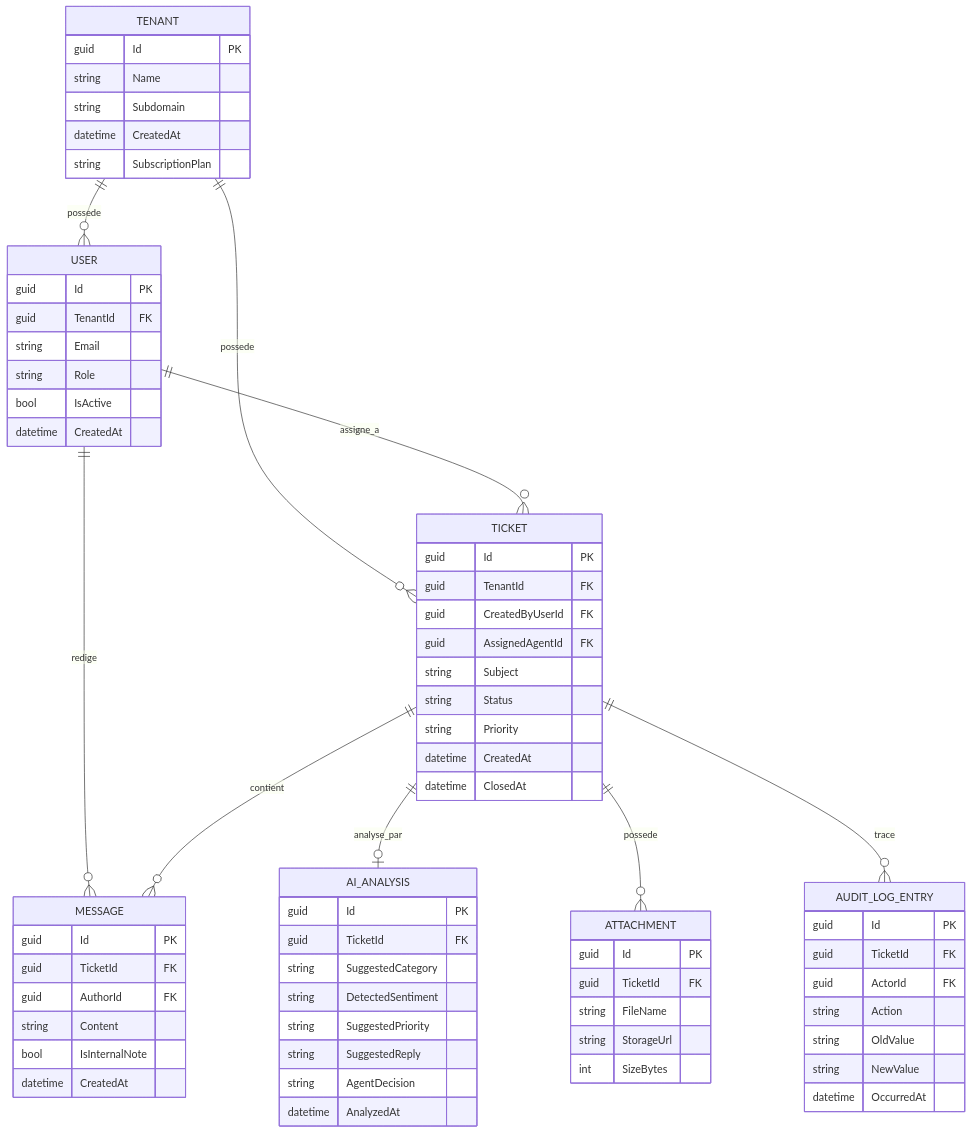
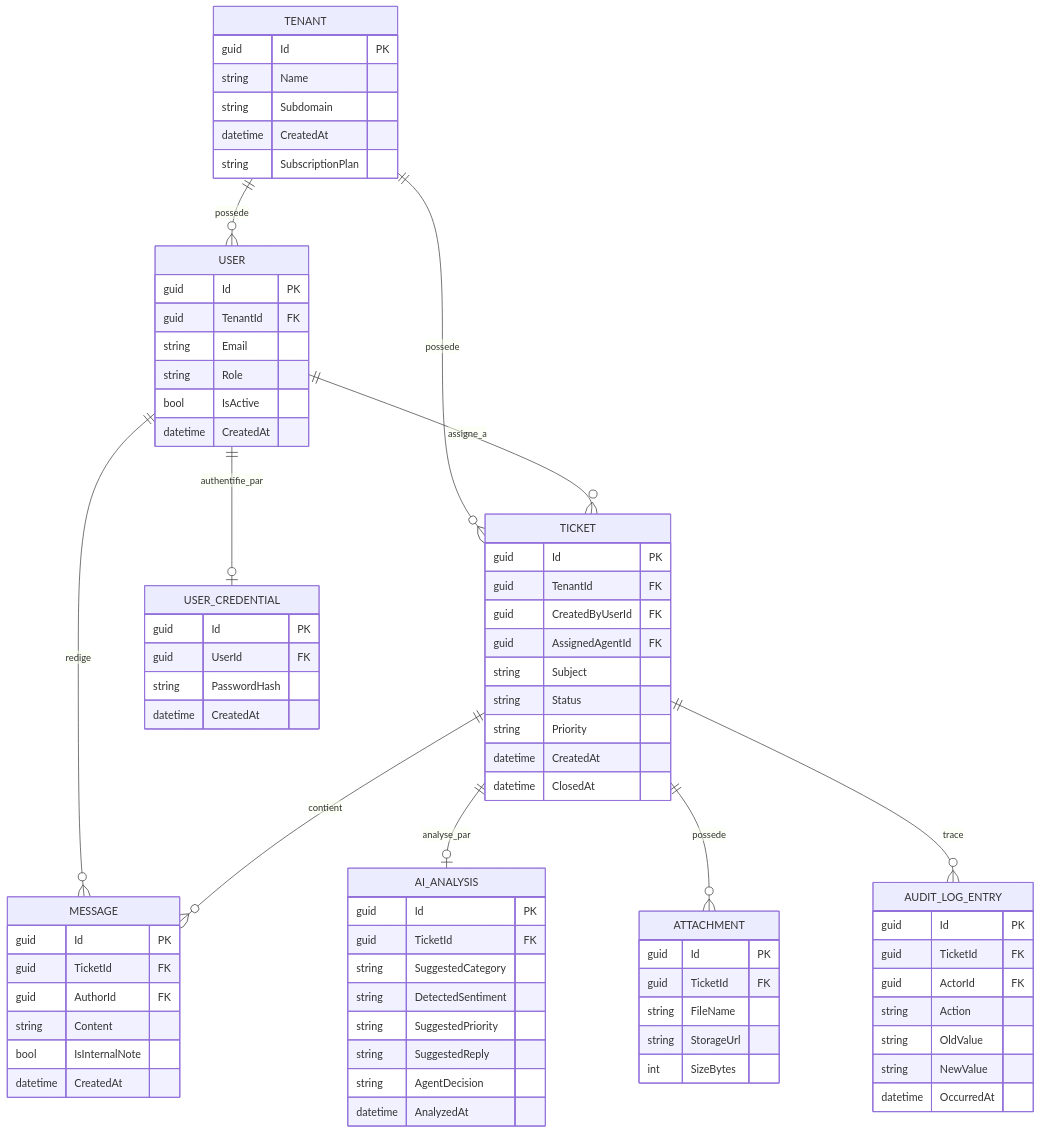
One commit to DelphineLecorney/smartdesk-ai changed the fourth of 5 diagrams in docs/ConceptionTechnique.md. Above: the diagram before and after it, drawn with Mermaid. The commit also changed other lines of this file and 5 other files, not shown here.

```diff
--- a/docs/ConceptionTechnique.md
+++ b/docs/ConceptionTechnique.md
@@ -99,6 +99,7 @@
     TENANT ||--o{ TICKET : possede
     USER ||--o{ TICKET : assigne_a
     USER ||--o{ MESSAGE : redige
+    USER ||--o| USER_CREDENTIAL : authentifie_par
     TICKET ||--o{ MESSAGE : contient
     TICKET ||--o| AI_ANALYSIS : analyse_par
     TICKET ||--o{ ATTACHMENT : possede
@@ -118,6 +119,13 @@
         string Email
         string Role
         bool IsActive
+        datetime CreatedAt
+    }
+
+        USER_CREDENTIAL {
+        guid Id PK
+        guid UserId FK
+        string PasswordHash
         datetime CreatedAt
     }
 
```
